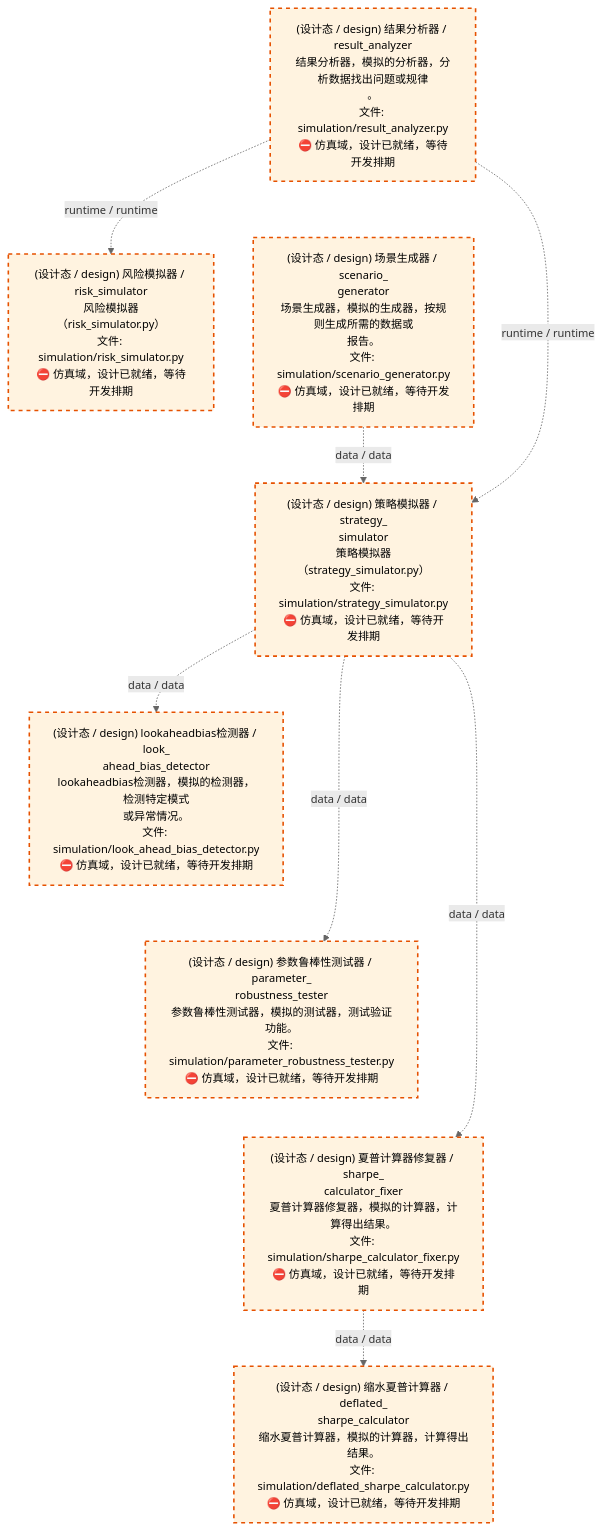
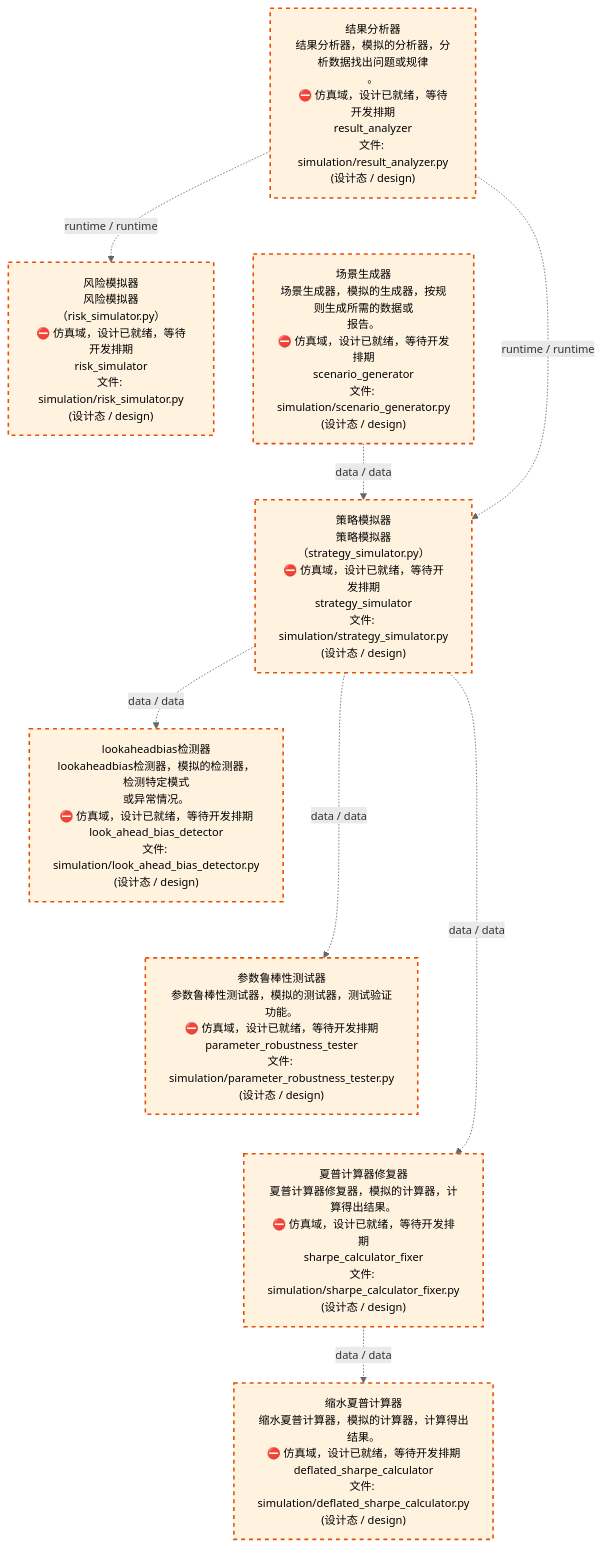
The third of 4 diagrams in docs/02_enterprise_architecture/02_domain_architecture_docs/70_d_simulation.md (xuanFelixVan/ZephyrAlpha), drawn with Mermaid before and after one commit. The commit also changed other lines of this file and 62 other files, not shown here.

````diff
--- a/docs/02_enterprise_architecture/02_domain_architecture_docs/70_d_simulation.md
+++ b/docs/02_enterprise_architecture/02_domain_architecture_docs/70_d_simulation.md
@@ -112,28 +112,28 @@
 ```mermaid
 %%{init: {'theme': 'base', 'themeVariables': {'primaryColor': '#eaeaea', 'primaryTextColor': '#333333', 'primaryBorderColor': '#666666', 'lineColor': '#666666', 'secondaryColor': '#eaeaea', 'tertiaryColor': '#eaeaea', 'fontSize': '14px'}}}%%
 flowchart TD
-    src_zephyr_simulation_result_analyzer_py["(设计态 / design) 结果分析器 / result_analyzer<br/>结果分析器，模拟的分析器，分析数据找出问题或规律<br/>。<br/>文件: simulation/result_analyzer.py<br/>⛔ 仿真域，设计已就绪，等待开发排期"]
-    src_zephyr_simulation_scenario_generator_py["(设计态 / design) 场景生成器 / scenario_<br/>generator<br/>场景生成器，模拟的生成器，按规则生成所需的数据或<br/>报告。<br/>文件: simulation/scenario_generator.py<br/>⛔ 仿真域，设计已就绪，等待开发排期"]
+    src_zephyr_simulation_result_analyzer_py["结果分析器<br/>结果分析器，模拟的分析器，分析数据找出问题或规律<br/>。<br/>⛔ 仿真域，设计已就绪，等待开发排期<br/>result_analyzer<br/>文件: simulation/result_analyzer.py<br/>(设计态 / design)"]
+    src_zephyr_simulation_scenario_generator_py["场景生成器<br/>场景生成器，模拟的生成器，按规则生成所需的数据或<br/>报告。<br/>⛔ 仿真域，设计已就绪，等待开发排期<br/>scenario_generator<br/>文件: simulation/scenario_generator.py<br/>(设计态 / design)"]
     src_zephyr_simulation_result_analyzer_py ~~~ src_zephyr_simulation_scenario_generator_py
-    src_zephyr_simulation_risk_simulator_py["(设计态 / design) 风险模拟器 / risk_simulator<br/>风险模拟器（risk_simulator.py）<br/>文件: simulation/risk_simulator.py<br/>⛔ 仿真域，设计已就绪，等待开发排期"]
-    src_zephyr_simulation_strategy_simulator_py["(设计态 / design) 策略模拟器 / strategy_<br/>simulator<br/>策略模拟器（strategy_simulator.py）<br/>文件: simulation/strategy_simulator.py<br/>⛔ 仿真域，设计已就绪，等待开发排期"]
+    src_zephyr_simulation_risk_simulator_py["风险模拟器<br/>风险模拟器（risk_simulator.py）<br/>⛔ 仿真域，设计已就绪，等待开发排期<br/>risk_simulator<br/>文件: simulation/risk_simulator.py<br/>(设计态 / design)"]
+    src_zephyr_simulation_strategy_simulator_py["策略模拟器<br/>策略模拟器（strategy_simulator.py）<br/>⛔ 仿真域，设计已就绪，等待开发排期<br/>strategy_simulator<br/>文件: simulation/strategy_simulator.py<br/>(设计态 / design)"]
     src_zephyr_simulation_risk_simulator_py ~~~ src_zephyr_simulation_strategy_simulator_py
-    src_zephyr_simulation_look_ahead_bias_detector_py["(设计态 / design) lookaheadbias检测器 / look_<br/>ahead_bias_detector<br/>lookaheadbias检测器，模拟的检测器，检测特定模式<br/>或异常情况。<br/>文件: simulation/look_ahead_bias_detector.py<br/>⛔ 仿真域，设计已就绪，等待开发排期"]
-    src_zephyr_simulation_parameter_robustness_tester_py["(设计态 / design) 参数鲁棒性测试器 / parameter_<br/>robustness_tester<br/>参数鲁棒性测试器，模拟的测试器，测试验证功能。<br/>文件: simulation/parameter_robustness_tester.py<br/>⛔ 仿真域，设计已就绪，等待开发排期"]
-    src_zephyr_simulation_sharpe_calculator_fixer_py["(设计态 / design) 夏普计算器修复器 / sharpe_<br/>calculator_fixer<br/>夏普计算器修复器，模拟的计算器，计算得出结果。<br/>文件: simulation/sharpe_calculator_fixer.py<br/>⛔ 仿真域，设计已就绪，等待开发排期"]
+    src_zephyr_simulation_look_ahead_bias_detector_py["lookaheadbias检测器<br/>lookaheadbias检测器，模拟的检测器，检测特定模式<br/>或异常情况。<br/>⛔ 仿真域，设计已就绪，等待开发排期<br/>look_ahead_bias_detector<br/>文件: simulation/look_ahead_bias_detector.py<br/>(设计态 / design)"]
+    src_zephyr_simulation_parameter_robustness_tester_py["参数鲁棒性测试器<br/>参数鲁棒性测试器，模拟的测试器，测试验证功能。<br/>⛔ 仿真域，设计已就绪，等待开发排期<br/>parameter_robustness_tester<br/>文件: simulation/parameter_robustness_tester.py<br/>(设计态 / design)"]
+    src_zephyr_simulation_sharpe_calculator_fixer_py["夏普计算器修复器<br/>夏普计算器修复器，模拟的计算器，计算得出结果。<br/>⛔ 仿真域，设计已就绪，等待开发排期<br/>sharpe_calculator_fixer<br/>文件: simulation/sharpe_calculator_fixer.py<br/>(设计态 / design)"]
     src_zephyr_simulation_look_ahead_bias_detector_py ~~~ src_zephyr_simulation_parameter_robustness_tester_py
     src_zephyr_simulation_parameter_robustness_tester_py ~~~ src_zephyr_simulation_sharpe_calculator_fixer_py
-    src_zephyr_simulation_deflated_sharpe_calculator_py["(设计态 / design) 缩水夏普计算器 / deflated_<br/>sharpe_calculator<br/>缩水夏普计算器，模拟的计算器，计算得出结果。<br/>文件: simulation/deflated_sharpe_calculator.py<br/>⛔ 仿真域，设计已就绪，等待开发排期"]
+    src_zephyr_simulation_deflated_sharpe_calculator_py["缩水夏普计算器<br/>缩水夏普计算器，模拟的计算器，计算得出结果。<br/>⛔ 仿真域，设计已就绪，等待开发排期<br/>deflated_sharpe_calculator<br/>文件: simulation/deflated_sharpe_calculator.py<br/>(设计态 / design)"]
     src_zephyr_simulation_strategy_simulator_py -.->|data / data| src_zephyr_simulation_parameter_robustness_tester_py
     src_zephyr_simulation_strategy_simulator_py -.->|data / data| src_zephyr_simulation_look_ahead_bias_detector_py
     src_zephyr_simulation_strategy_simulator_py -.->|data / data| src_zephyr_simulation_sharpe_calculator_fixer_py
     src_zephyr_simulation_scenario_generator_py -.->|data / data| src_zephyr_simulation_strategy_simulator_py
     src_zephyr_simulation_result_analyzer_py -.->|runtime / runtime| src_zephyr_simulation_strategy_simulator_py
     src_zephyr_simulation_result_analyzer_py -.->|runtime / runtime| src_zephyr_simulation_risk_simulator_py
     src_zephyr_simulation_sharpe_calculator_fixer_py -.->|data / data| src_zephyr_simulation_deflated_sharpe_calculator_py
     classDef production fill:#e1f5fe,stroke:#01579b,stroke-width:2px,color:#000
     classDef design fill:#fff3e0,stroke:#e65100,stroke-width:2px,color:#000,stroke-dasharray: 5 5
     classDef external_prod fill:#e8f4fd,stroke:#0277bd,stroke-width:1px,color:#000
     classDef external_design fill:#fff8e7,stroke:#ef6c00,stroke-width:1px,color:#000,stroke-dasharray: 5 5
     class src_zephyr_simulation_deflated_sharpe_calculator_py,src_zephyr_simulation_look_ahead_bias_detector_py,src_zephyr_simulation_parameter_robustness_tester_py,src_zephyr_simulation_result_analyzer_py,src_zephyr_simulation_risk_simulator_py,src_zephyr_simulation_scenario_generator_py,src_zephyr_simulation_sharpe_calculator_fixer_py,src_zephyr_simulation_strategy_simulator_py design
 ```
````
